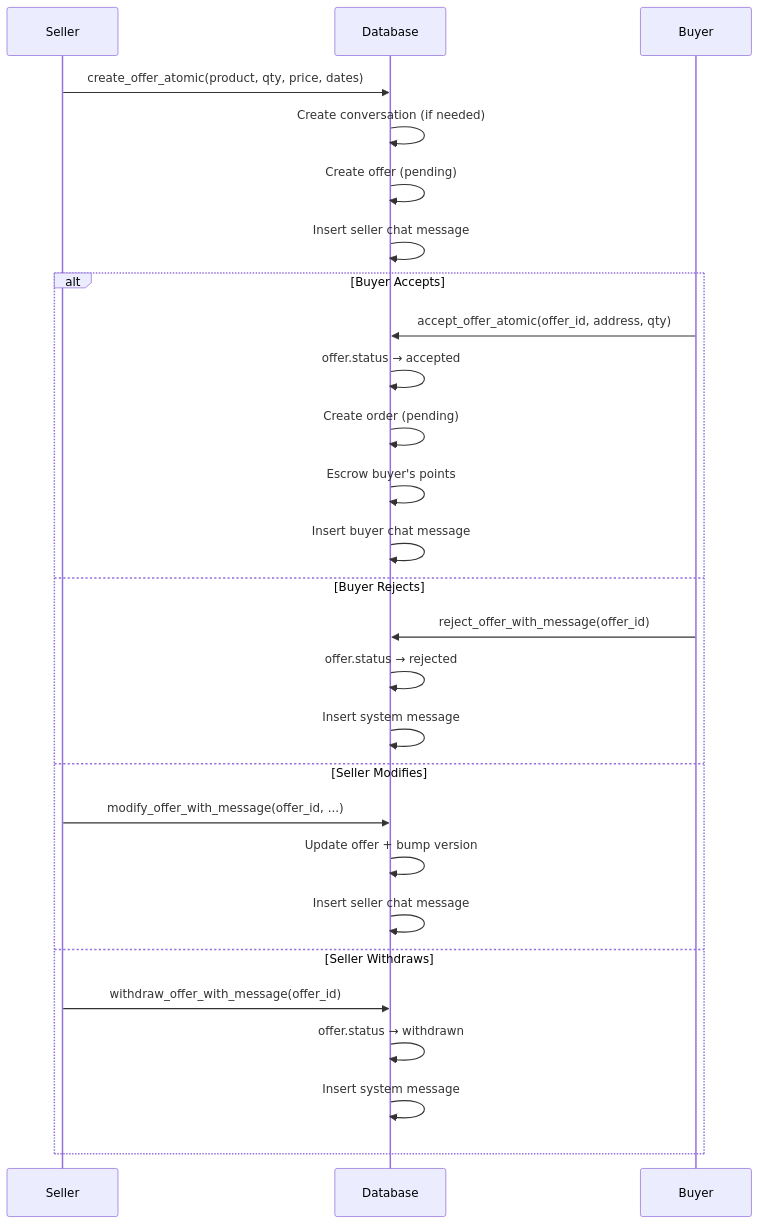
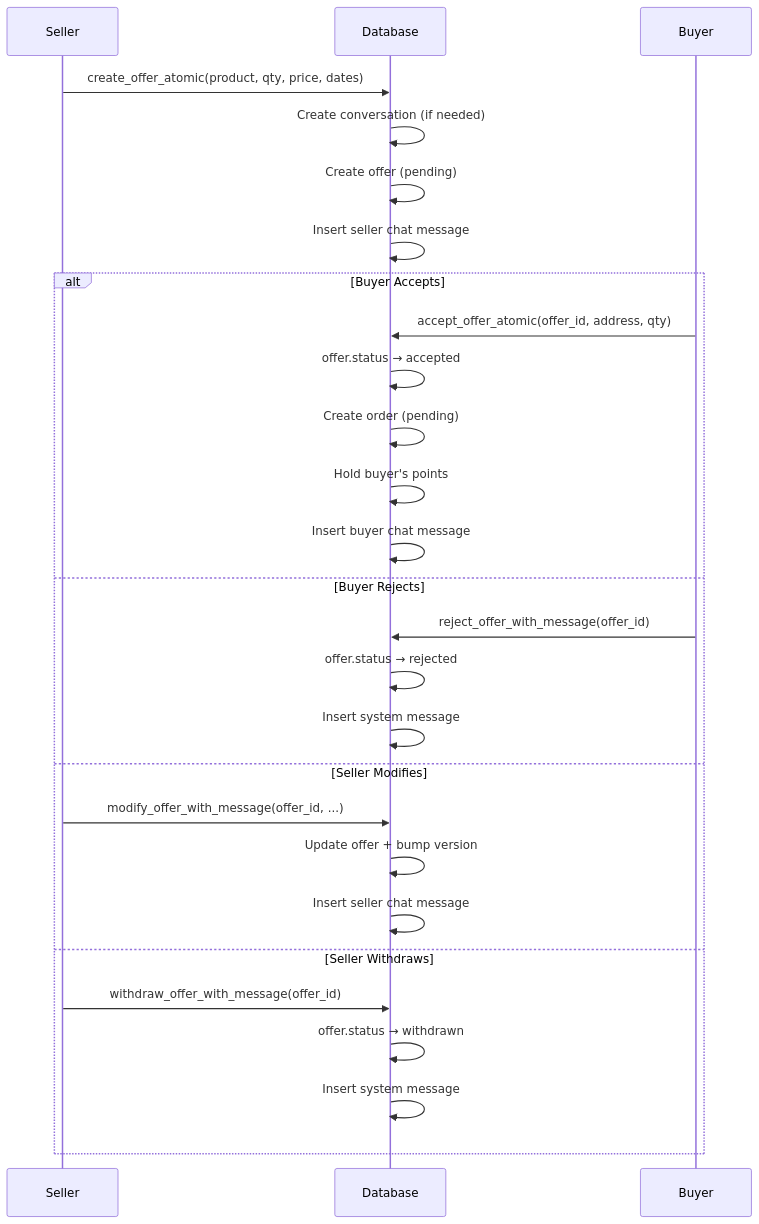
One commit to rahulkhona/casagrown3 changed the second of 4 diagrams in docs/order_lifecycle.md. Above: the diagram before and after it, drawn with Mermaid. The commit also changed other lines of this file and 109 other files, not shown here.

````diff
--- a/docs/order_lifecycle.md
+++ b/docs/order_lifecycle.md
@@ -48,31 +48,31 @@
 ```mermaid
 sequenceDiagram
     participant S as Seller
     participant DB as Database
     participant B as Buyer
 
     S->>DB: create_offer_atomic(product, qty, price, dates)
     DB->>DB: Create conversation (if needed)
     DB->>DB: Create offer (pending)
     DB->>DB: Insert seller chat message
 
     alt Buyer Accepts
         B->>DB: accept_offer_atomic(offer_id, address, qty)
         DB->>DB: offer.status → accepted
         DB->>DB: Create order (pending)
-        DB->>DB: Escrow buyer's points
+        DB->>DB: Hold buyer's points
         DB->>DB: Insert buyer chat message
     else Buyer Rejects
         B->>DB: reject_offer_with_message(offer_id)
         DB->>DB: offer.status → rejected
         DB->>DB: Insert system message
     else Seller Modifies
         S->>DB: modify_offer_with_message(offer_id, ...)
         DB->>DB: Update offer + bump version
         DB->>DB: Insert seller chat message
     else Seller Withdraws
         S->>DB: withdraw_offer_with_message(offer_id)
         DB->>DB: offer.status → withdrawn
         DB->>DB: Insert system message
     end
 ```
````
